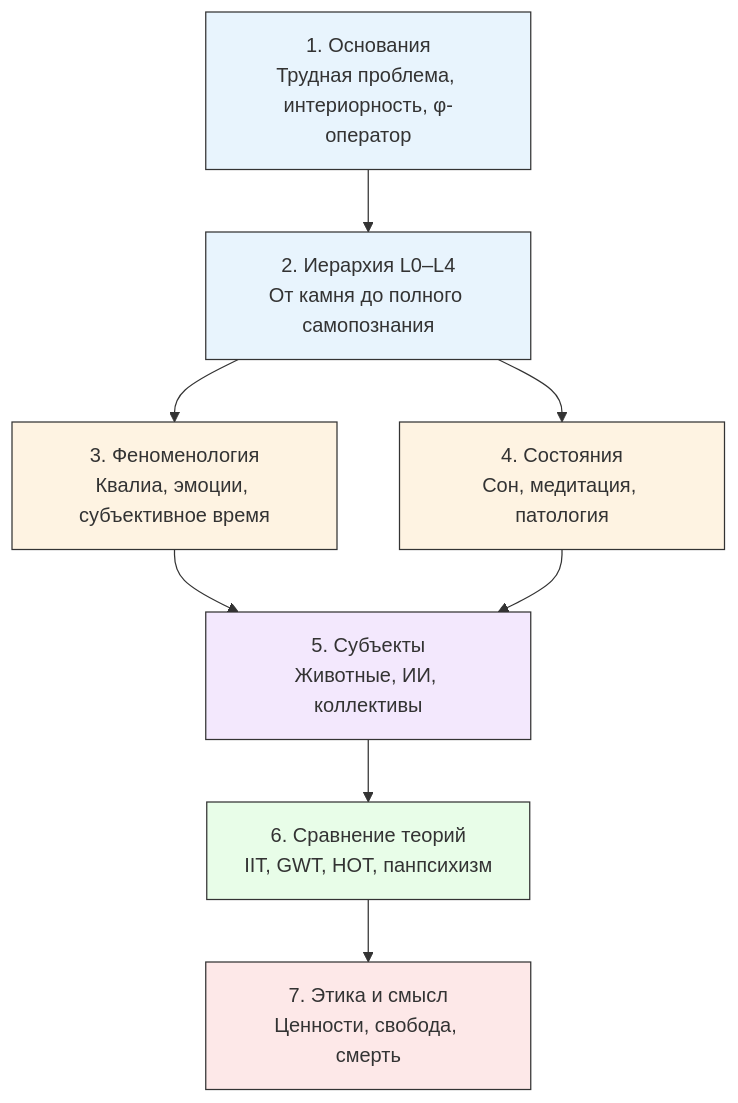
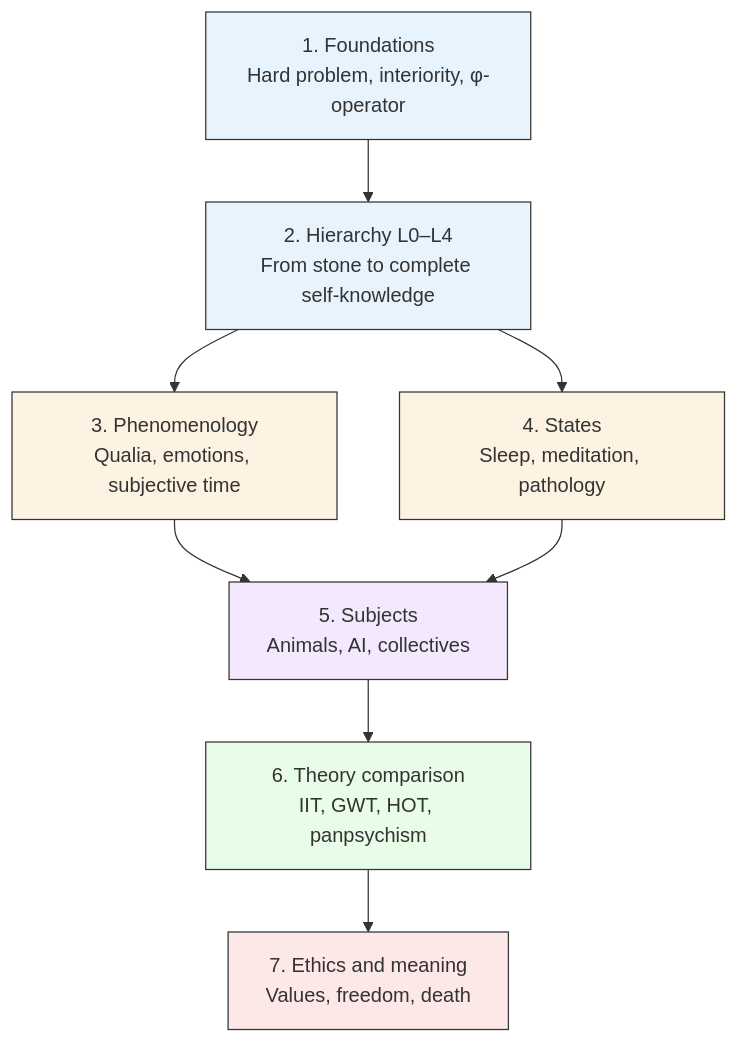
The second of 3 diagrams in website/docs/consciousness/overview.md (gst-st/uhm), drawn with Mermaid before and after one commit. The commit also changed other lines of this file and 79 other files, not shown here.

````diff
--- a/website/docs/consciousness/overview.md
+++ b/website/docs/consciousness/overview.md
@@ -107,18 +107,18 @@
 ```mermaid
 graph TD
-    A["1. Основания<br/>Трудная проблема, интериорность, φ-оператор"] --> B["2. Иерархия L0–L4<br/>От камня до полного самопознания"]
-    B --> C["3. Феноменология<br/>Квалиа, эмоции, субъективное время"]
-    B --> D["4. Состояния<br/>Сон, медитация, патология"]
-    C --> E["5. Субъекты<br/>Животные, ИИ, коллективы"]
+    A["1. Foundations<br/>Hard problem, interiority, φ-operator"] --> B["2. Hierarchy L0–L4<br/>From stone to complete self-knowledge"]
+    B --> C["3. Phenomenology<br/>Qualia, emotions, subjective time"]
+    B --> D["4. States<br/>Sleep, meditation, pathology"]
+    C --> E["5. Subjects<br/>Animals, AI, collectives"]
     D --> E
-    E --> F["6. Сравнение теорий<br/>IIT, GWT, HOT, панпсихизм"]
-    F --> G["7. Этика и смысл<br/>Ценности, свобода, смерть"]
+    E --> F["6. Theory comparison<br/>IIT, GWT, HOT, panpsychism"]
+    F --> G["7. Ethics and meaning<br/>Values, freedom, death"]
 
     style A fill:#e8f4fd,stroke:#333
     style B fill:#e8f4fd,stroke:#333
     style C fill:#fef3e2,stroke:#333
     style D fill:#fef3e2,stroke:#333
     style E fill:#f3e8fd,stroke:#333
     style F fill:#e8fde8,stroke:#333
     style G fill:#fde8e8,stroke:#333
 ```
````
